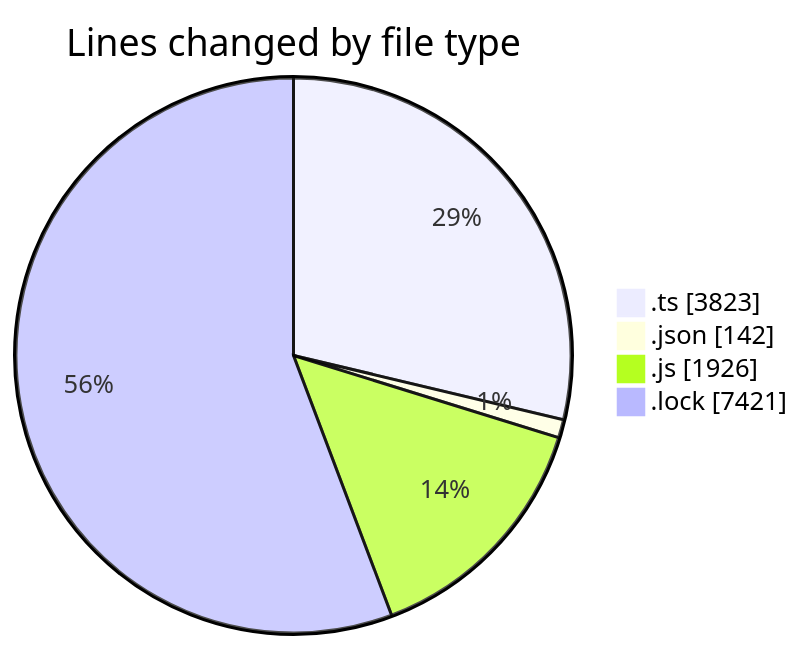
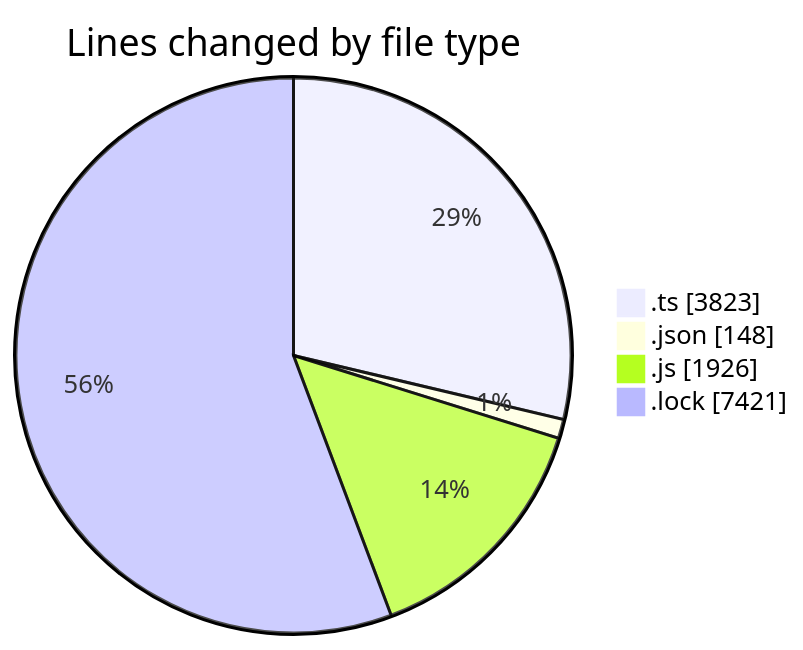
One commit to momahboobian/code-tracking changed the first of 2 diagrams in 2025-07-30/cda/README.md. Above: the diagram before and after it, drawn with Mermaid. The commit also changed other lines of this file and 1 other file, not shown here.

````diff
--- a/2025-07-30/cda/README.md
+++ b/2025-07-30/cda/README.md
@@ -29,8 +29,8 @@
 ```mermaid
 pie showData
 title Lines changed by file type
 ".ts" : 3823
-".json" : 142
+".json" : 148
 ".js" : 1926
 ".lock" : 7421
 ```
````
